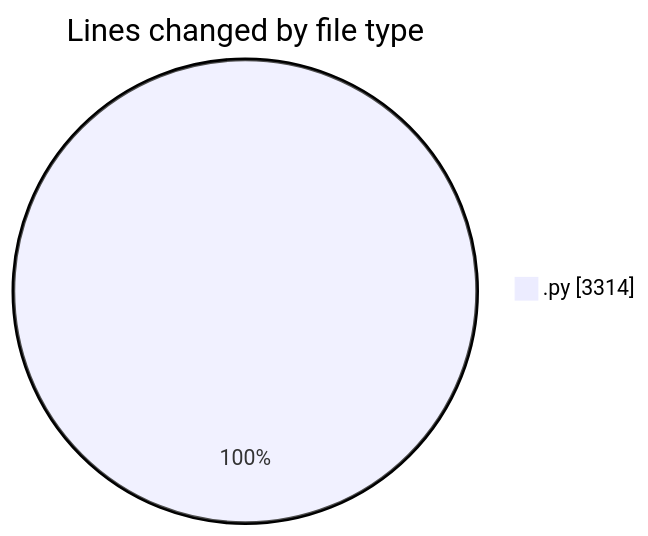
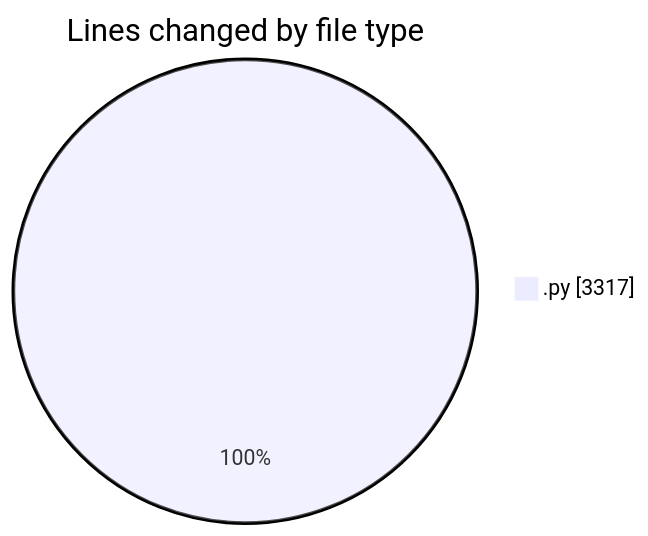
One commit to MatusMokan/code-tracking changed the first of 2 diagrams in 2025-05-08/myws__workspace_/README.md. Above: the diagram before and after it, drawn with Mermaid. The commit also changed other lines of this file and 1 other file, not shown here.

````diff
--- a/2025-05-08/myws__workspace_/README.md
+++ b/2025-05-08/myws__workspace_/README.md
@@ -23,5 +23,5 @@
 ```mermaid
 pie showData
 title Lines changed by file type
-".py" : 3314
+".py" : 3317
 ```
````
